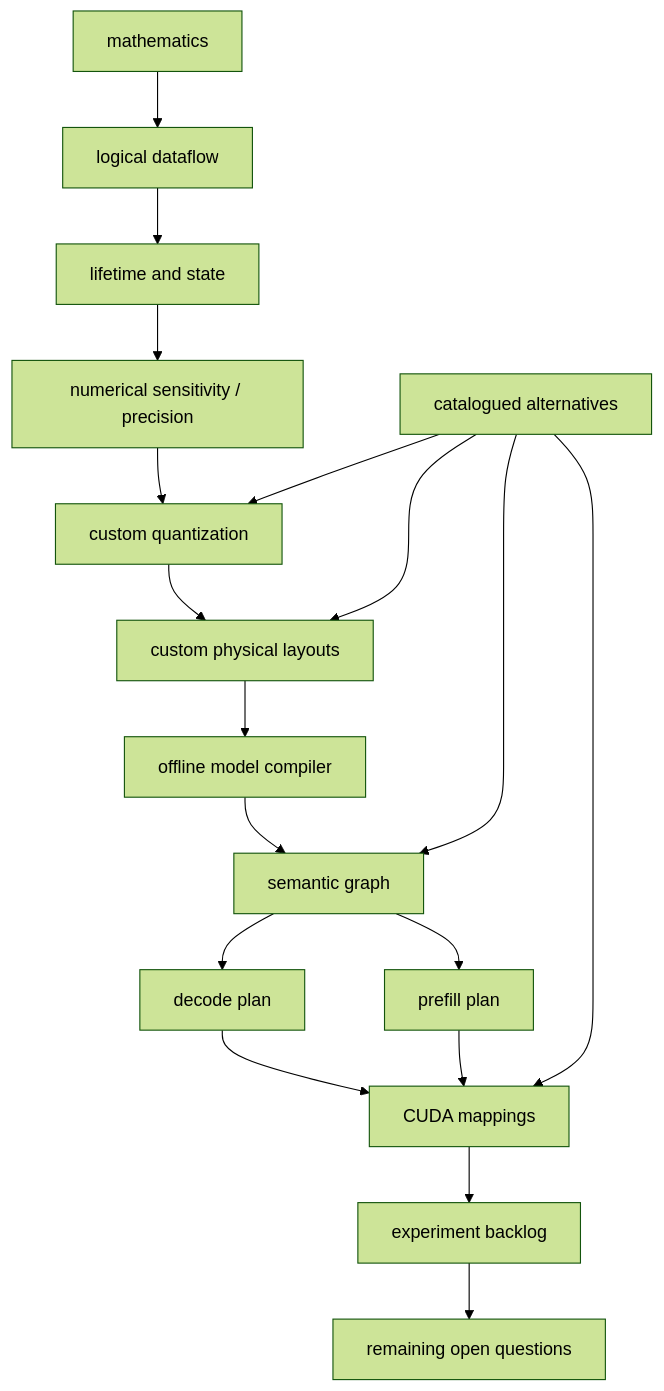
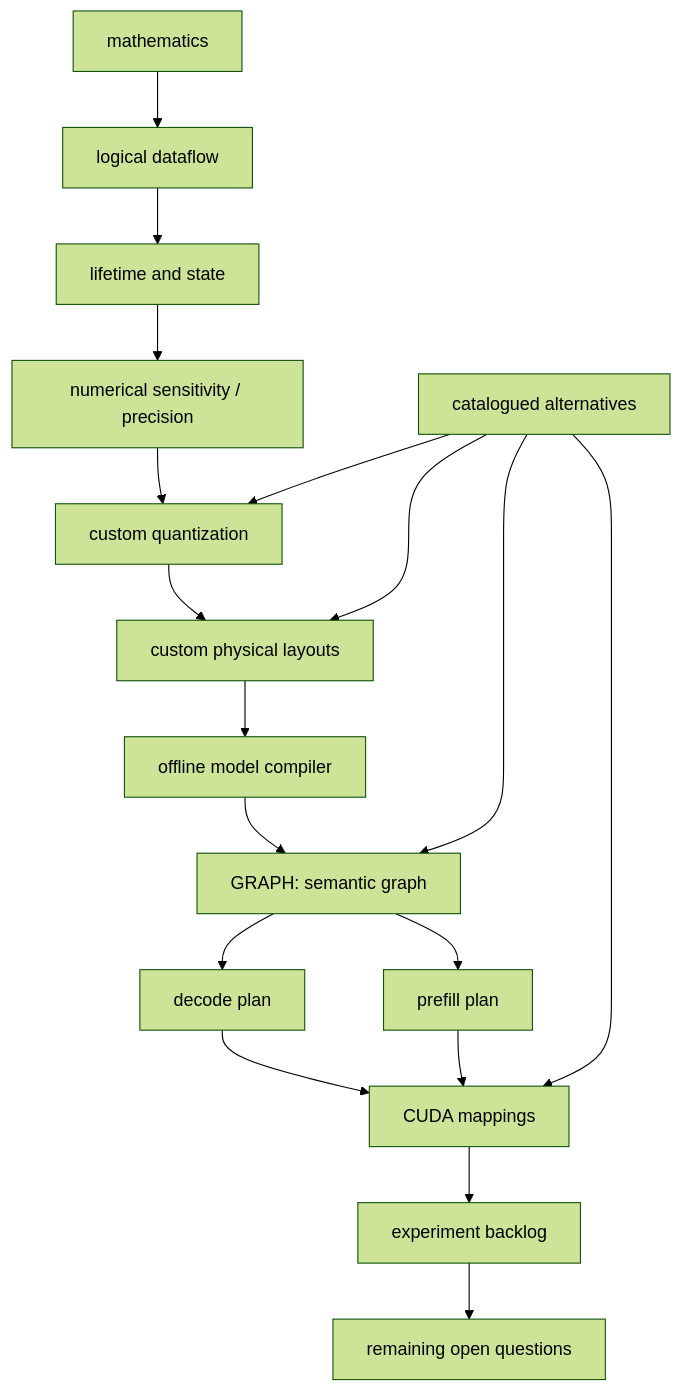
Before and after one commit to Enucatl/qw38: the diagram in docs/architecture/clean-sheet-architecture.md, drawn with Mermaid (forest theme). The commit also changed other lines of this file and 42 other files, not shown here.

````diff
--- a/docs/architecture/clean-sheet-architecture.md
+++ b/docs/architecture/clean-sheet-architecture.md
@@ -181,28 +181,28 @@
 ```mermaid
 flowchart TB
   MATH[mathematics]
   DATAFLOW[logical dataflow]
   LIFETIME[lifetime and state]
   SENS[numerical sensitivity / precision]
   QUANT[custom quantization]
   LAYOUT[custom physical layouts]
   COMPILER[offline model compiler]
-  GRAPH[semantic graph]
+  semantic_graph["GRAPH: semantic graph"]
   DECODE[decode plan]
   PREFILL[prefill plan]
   CUDA[CUDA mappings]
   BACKLOG[experiment backlog]
   ALTS[catalogued alternatives]
   OPENQ[remaining open questions]
-  MATH --> DATAFLOW --> LIFETIME --> SENS --> QUANT --> LAYOUT --> COMPILER --> GRAPH
-  GRAPH --> DECODE
-  GRAPH --> PREFILL
+  MATH --> DATAFLOW --> LIFETIME --> SENS --> QUANT --> LAYOUT --> COMPILER --> semantic_graph
+  semantic_graph --> DECODE
+  semantic_graph --> PREFILL
   DECODE --> CUDA
   PREFILL --> CUDA
   CUDA --> BACKLOG
   ALTS --> QUANT
   ALTS --> LAYOUT
   ALTS --> CUDA
-  ALTS --> GRAPH
+  ALTS --> semantic_graph
   BACKLOG --> OPENQ
 ```
````
